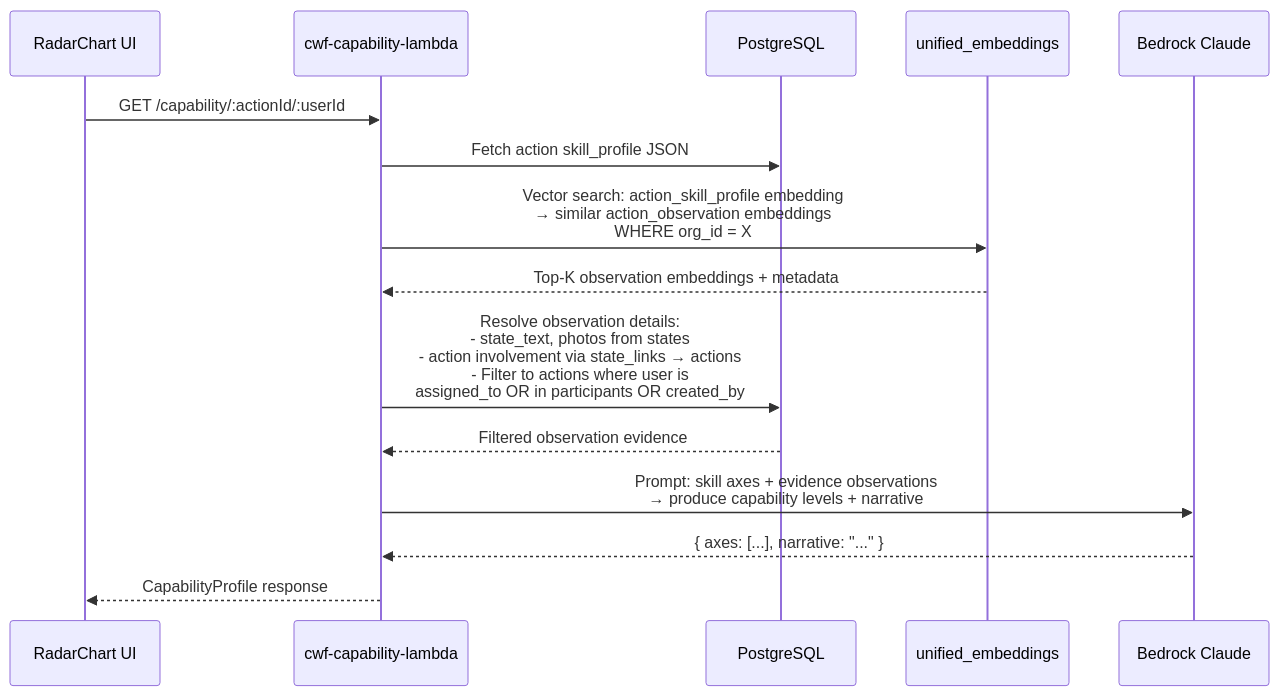
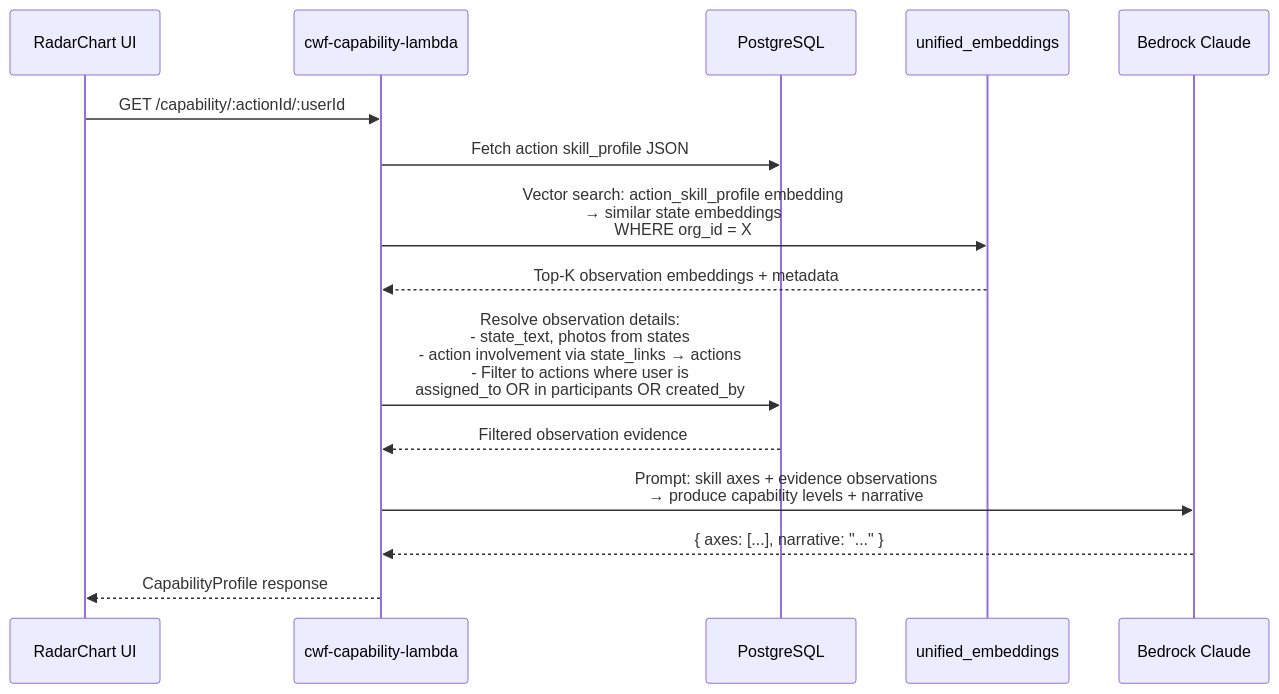
Before and after one commit to whiteboxllms/clever-widget-factory: the second of 3 diagrams in .kiro/specs/observation-based-training/design.md, drawn with Mermaid. The commit also changed other lines of this file and 37 other files, not shown here.

Commit message:
Setup a radar chart and image upload fixes

````diff
--- a/.kiro/specs/observation-based-training/design.md
+++ b/.kiro/specs/observation-based-training/design.md
@@ -69,18 +69,18 @@
 ```mermaid
 sequenceDiagram
     participant UI as RadarChart UI
     participant API as cwf-capability-lambda
     participant DB as PostgreSQL
     participant Emb as unified_embeddings
     participant AI as Bedrock Claude
 
     UI->>API: GET /capability/:actionId/:userId
     API->>DB: Fetch action skill_profile JSON
-    API->>Emb: Vector search: action_skill_profile embedding<br/>→ similar action_observation embeddings<br/>WHERE org_id = X
+    API->>Emb: Vector search: action_skill_profile embedding<br/>→ similar state embeddings<br/>WHERE org_id = X
     Emb-->>API: Top-K observation embeddings + metadata
     API->>DB: Resolve observation details:<br/>- state_text, photos from states<br/>- action involvement via state_links → actions<br/>- Filter to actions where user is<br/>  assigned_to OR in participants OR created_by
     DB-->>API: Filtered observation evidence
     API->>AI: Prompt: skill axes + evidence observations<br/>→ produce capability levels + narrative
     AI-->>API: { axes: [...], narrative: "..." }
     API-->>UI: CapabilityProfile response
 ```
````
